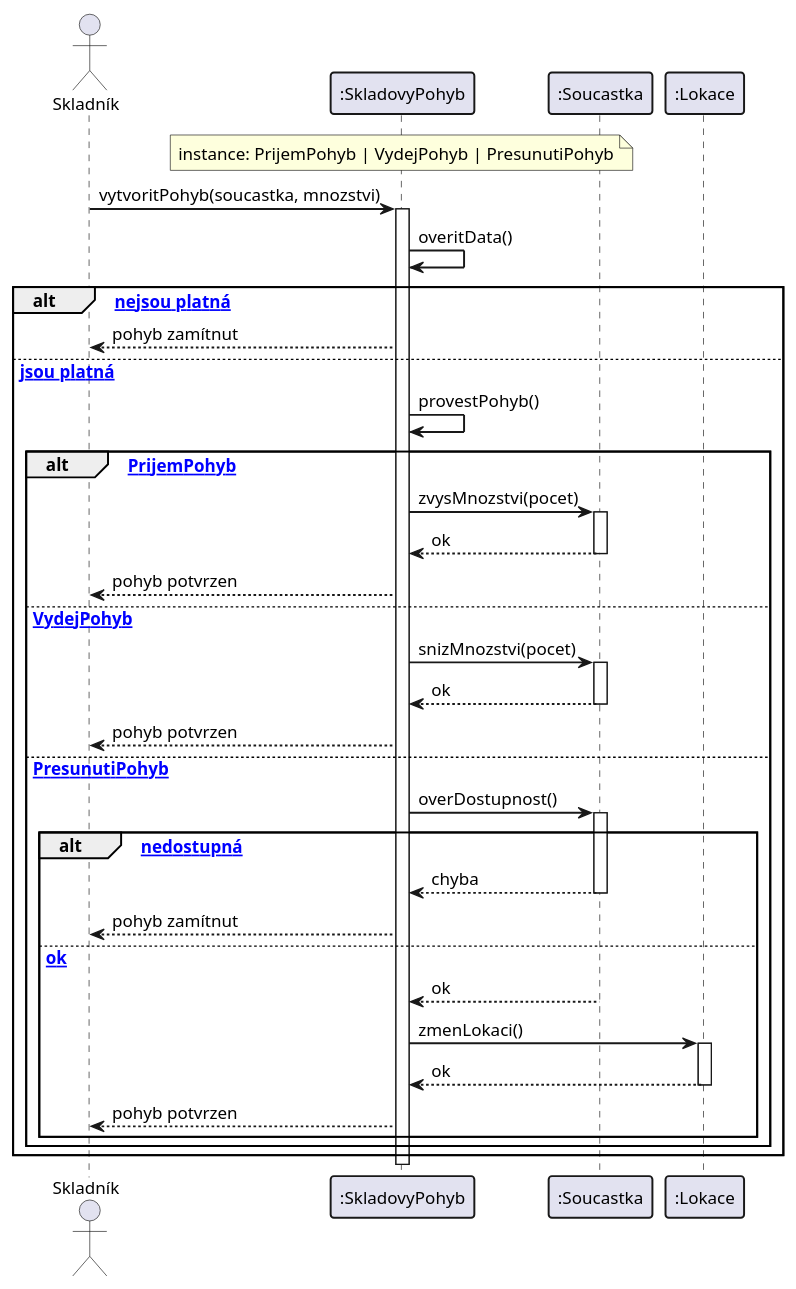
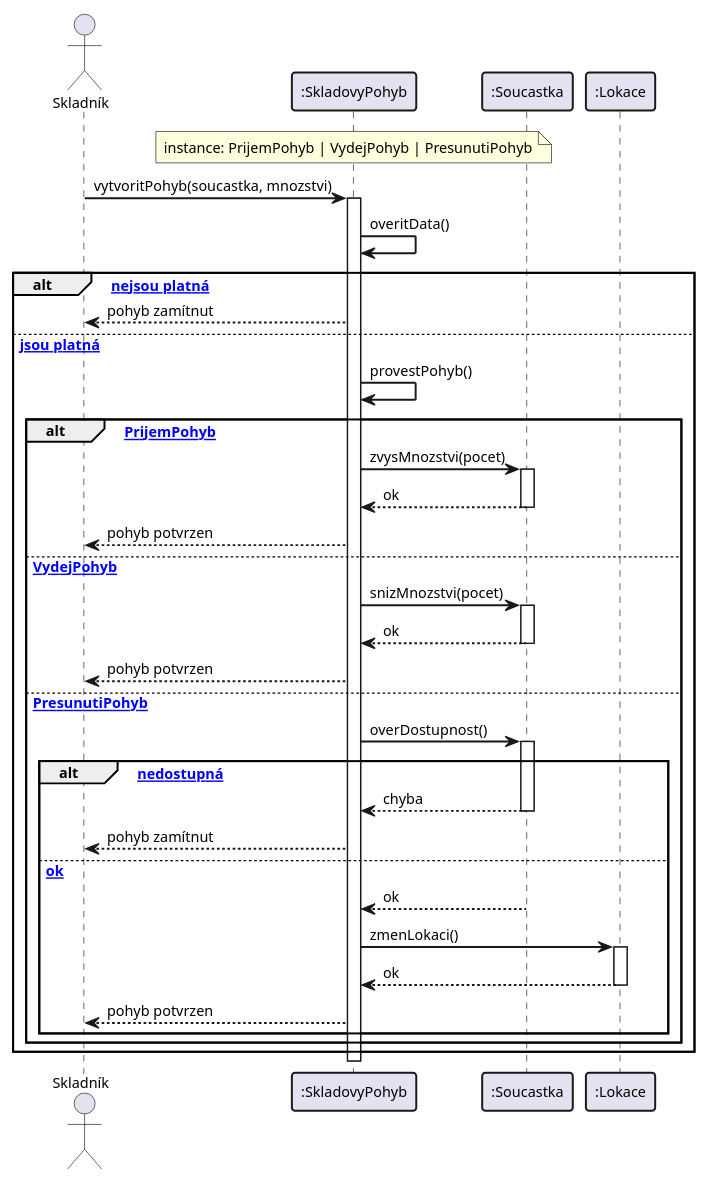
Before and after one commit to lkvapil/kOdevzdaniProjektWMS: the diagram in diagrams/13_sequence_pohyb.puml, drawn with PlantUML. The commit also changed 3 other files, not shown here.

Commit message:
fix: zmenseni sekvencniho diagramu, overDostupnost error branch

```diff
--- a/diagrams/13_sequence_pohyb.puml
+++ b/diagrams/13_sequence_pohyb.puml
@@ -1,59 +1,59 @@
 @startuml
-skinparam defaultFontSize 13
+skinparam defaultFontSize 11
 skinparam sequenceArrowThickness 1.5
 skinparam sequenceParticipantBorderThickness 1.5
 skinparam sequenceGroupBorderThickness 1.5
 
 actor "Skladník" as Uzivatel
 participant ":SkladovyPohyb" as Pohyb
 note over Pohyb : instance: PrijemPohyb | VydejPohyb | PresunutiPohyb
 participant ":Soucastka" as Soucastka
 participant ":Lokace" as Lokace
 
 Uzivatel -> Pohyb : vytvoritPohyb(soucastka, mnozstvi)
 activate Pohyb
 
 Pohyb -> Pohyb : overitData()
 
 alt [data nejsou platná]
     Pohyb --> Uzivatel : pohyb zamítnut
 
 else [data jsou platná]
     Pohyb -> Pohyb : provestPohyb()
 
     alt [PrijemPohyb]
         Pohyb -> Soucastka : zvysMnozstvi(pocet)
         activate Soucastka
         Soucastka --> Pohyb : ok
         deactivate Soucastka
         Pohyb --> Uzivatel : pohyb potvrzen
 
     else [VydejPohyb]
         Pohyb -> Soucastka : snizMnozstvi(pocet)
         activate Soucastka
         Soucastka --> Pohyb : ok
         deactivate Soucastka
         Pohyb --> Uzivatel : pohyb potvrzen
 
     else [PresunutiPohyb]
         Pohyb -> Soucastka : overDostupnost()
         activate Soucastka
         alt [součástka nedostupná]
             Soucastka --> Pohyb : chyba
             deactivate Soucastka
             Pohyb --> Uzivatel : pohyb zamítnut
         else [ok]
             Soucastka --> Pohyb : ok
             deactivate Soucastka
             Pohyb -> Lokace : zmenLokaci()
             activate Lokace
             Lokace --> Pohyb : ok
             deactivate Lokace
             Pohyb --> Uzivatel : pohyb potvrzen
         end
     end
 end
 
 deactivate Pohyb
 
 @enduml
```
